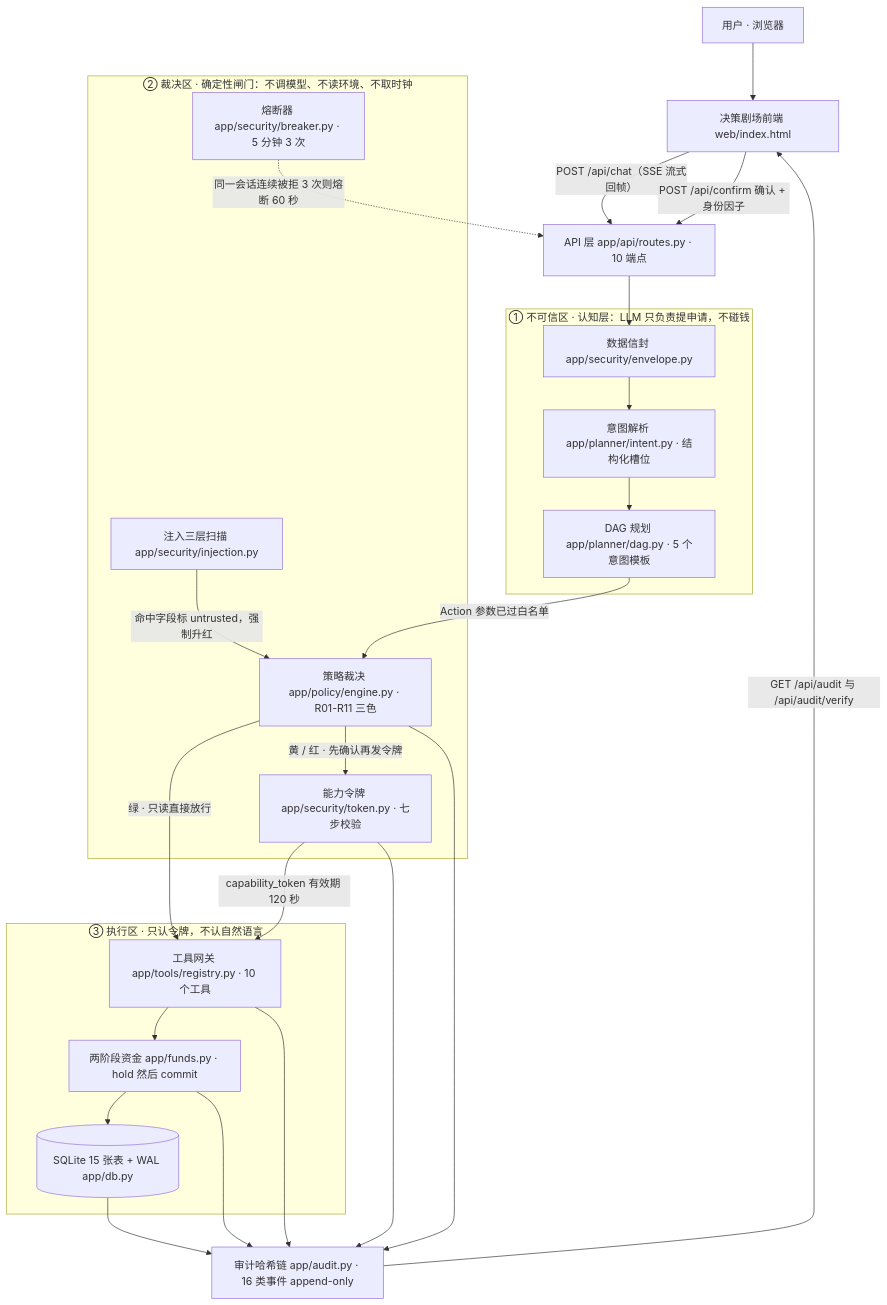
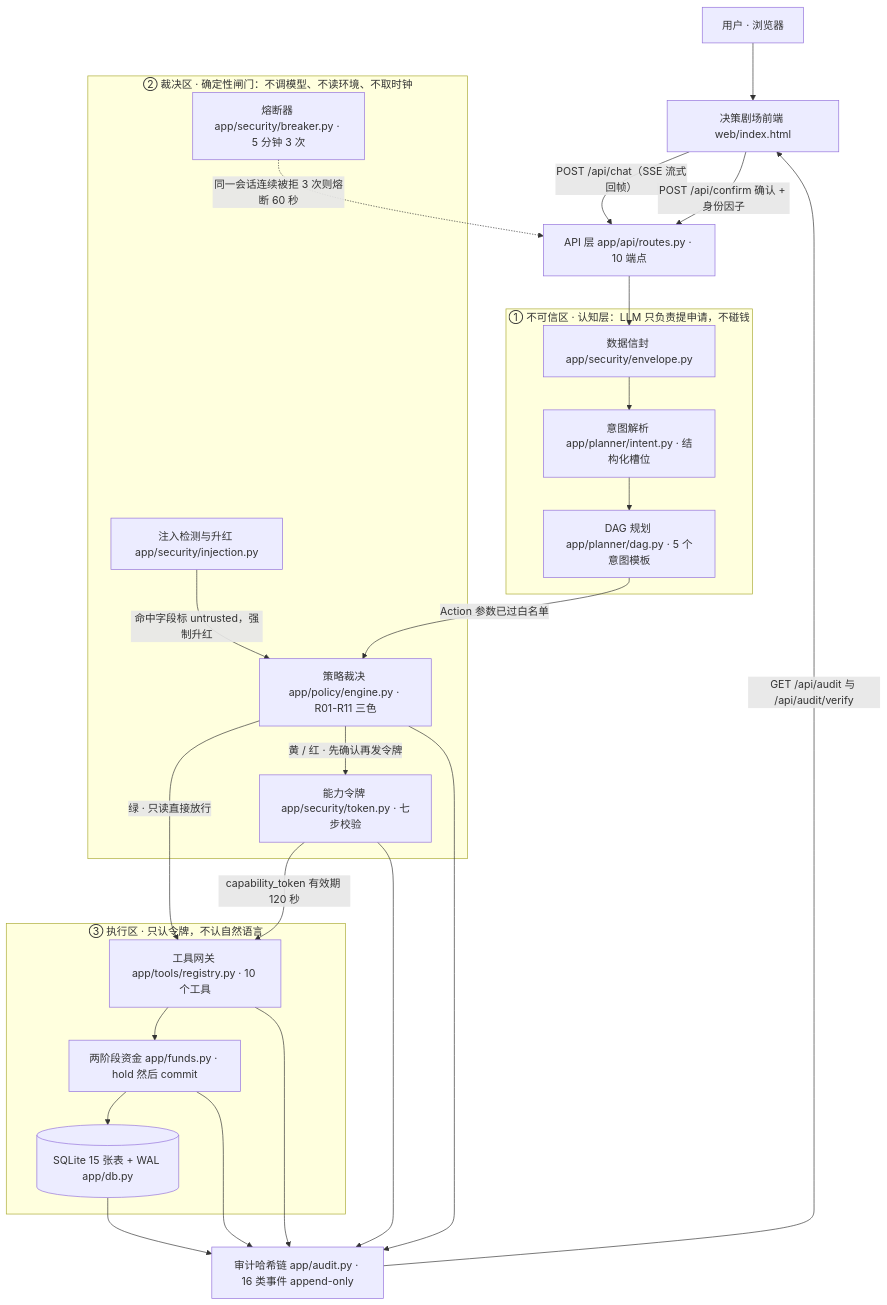
One commit to peng6yu/banking-agent changed the diagram in docs/架构图.mmd. Above: the diagram before and after it, drawn with Mermaid. The commit also changed 5 other files, not shown here.

```diff
--- a/docs/架构图.mmd
+++ b/docs/架构图.mmd
@@ -1,42 +1,42 @@
 %% 银行 AI 智能体 · 分层架构图（mermaid flowchart）
 %% 生成命令：npx @mermaid-js/mermaid-cli -i docs/架构图.mmd -o docs/架构图.svg -p /usr/bin/google-chrome
 flowchart TD
     U["用户 · 浏览器"] --> FE["决策剧场前端 web/index.html"]
     FE -->|"POST /api/chat（SSE 流式回帧）"| API["API 层 app/api/routes.py · 10 端点"]
     FE -->|"POST /api/confirm 确认 + 身份因子"| API
 
     subgraph L1["① 不可信区 · 认知层：LLM 只负责提申请，不碰钱"]
         ENV["数据信封 app/security/envelope.py"]
         INT["意图解析 app/planner/intent.py · 结构化槽位"]
         DAG["DAG 规划 app/planner/dag.py · 5 个意图模板"]
     end
 
     subgraph L2["② 裁决区 · 确定性闸门：不调模型、不读环境、不取时钟"]
-        INJ["注入三层扫描 app/security/injection.py"]
+        INJ["注入检测与升红 app/security/injection.py"]
         PE["策略裁决 app/policy/engine.py · R01-R11 三色"]
         TK["能力令牌 app/security/token.py · 七步校验"]
         BRK["熔断器 app/security/breaker.py · 5 分钟 3 次"]
     end
 
     subgraph L3["③ 执行区 · 只认令牌，不认自然语言"]
         REG["工具网关 app/tools/registry.py · 10 个工具"]
         FND["两阶段资金 app/funds.py · hold 然后 commit"]
         DB[("SQLite 15 张表 + WAL app/db.py")]
     end
 
     AUD["审计哈希链 app/audit.py · 16 类事件 append-only"]
 
     API --> ENV --> INT --> DAG
     DAG -->|"Action 参数已过白名单"| PE
     INJ -->|"命中字段标 untrusted，强制升红"| PE
     PE -->|"绿 · 只读直接放行"| REG
     PE -->|"黄 / 红 · 先确认再发令牌"| TK
     TK -->|"capability_token 有效期 120 秒"| REG
     BRK -.->|"同一会话连续被拒 3 次则熔断 60 秒"| API
     REG --> FND --> DB
     REG --> AUD
     FND --> AUD
     PE --> AUD
     TK --> AUD
     DB --> AUD
     AUD -->|"GET /api/audit 与 /api/audit/verify"| FE
```
